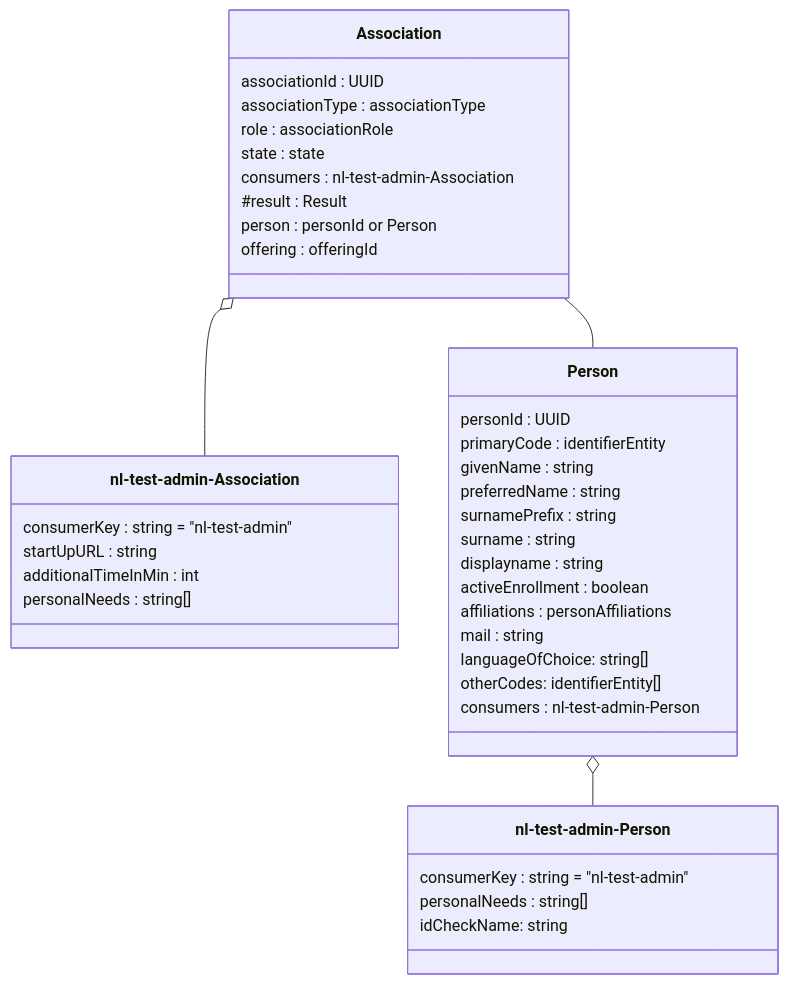
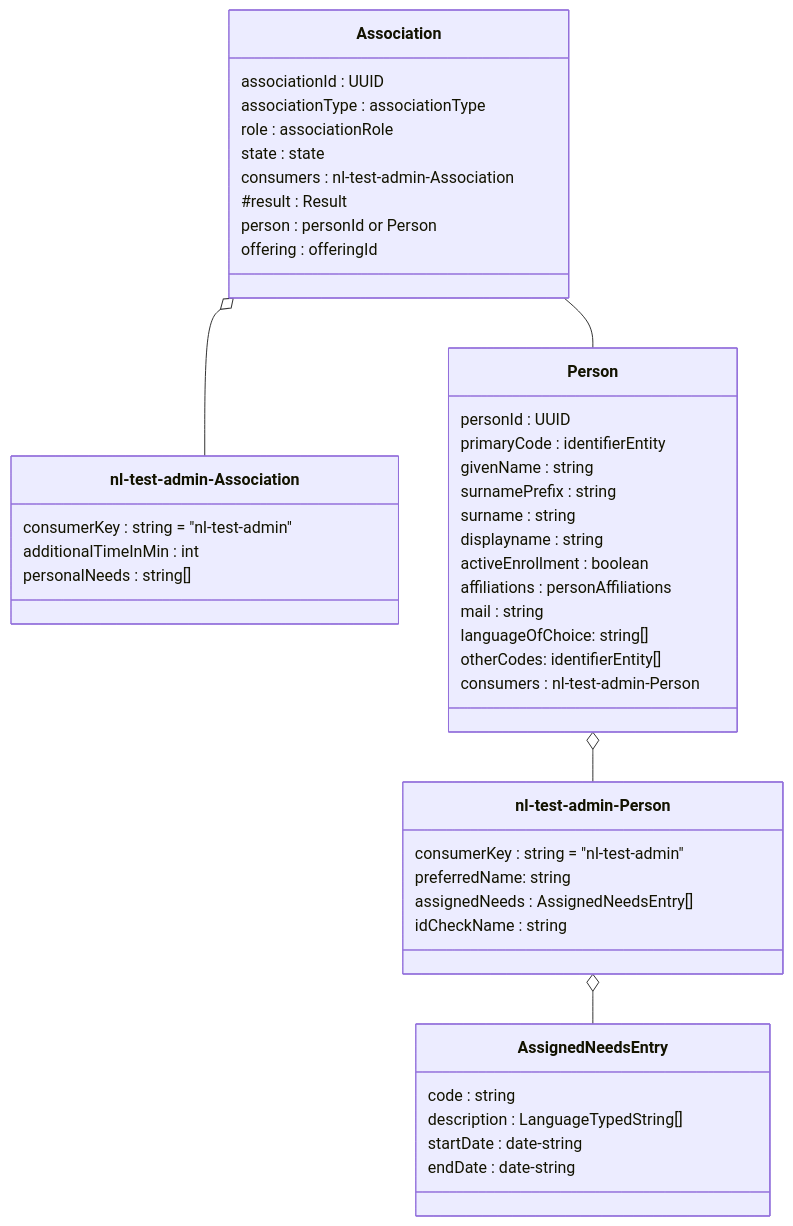
Before and after one commit to NetwerkExamineringDigitalisering/NED-OOAPI: the fourth of 10 diagrams in doc/flow2.md, drawn with Mermaid. The commit also changed other lines of this file and 2 other files, not shown here.

Commit message:
update flows for startUpURL, person consumer adjustments and memberships

````diff
--- a/doc/flow2.md
+++ b/doc/flow2.md
@@ -165,42 +165,52 @@
 ```mermaid
 classDiagram
     class Association {
     	associationId : UUID
 		associationType : associationType
 		role : associationRole
 		state : state
 		consumers : nl-test-admin-Association
 	#	result : Result
 		person : personId or Person
 		offering : offeringId
     }
     class `nl-test-admin-Association` {
     	consumerKey : string = "nl-test-admin"
-		startUpURL : string
 		additionalTimeInMin : int
 		personalNeeds : string[]
     }
     class Person {
 		personId : UUID
 		primaryCode : identifierEntity
 		givenName : string
-		preferredName : string
 		surnamePrefix : string 
 		surname : string
 		displayname : string
 		activeEnrollment : boolean 
 		affiliations : personAffiliations
 		mail : string
 		languageOfChoice: string[]
 		otherCodes: identifierEntity[]
 		consumers : nl-test-admin-Person
     }
-	class `nl-test-admin-Person` {
+
+    class `nl-test-admin-Person` {
     	consumerKey : string = "nl-test-admin"
-	    personalNeeds : string[]
-        idCheckName: string
+        preferredName: string
+    	assignedNeeds : AssignedNeedsEntry[]
+	    idCheckName : string
     }
+
+    class AssignedNeedsEntry {
+		code : string
+	    description : LanguageTypedString[]
+	    startDate : date-string
+	    endDate : date-string
+    }
+
     Association o-- `nl-test-admin-Association`
     Association -- Person
-	Person o-- `nl-test-admin-Person`
+    Person o-- `nl-test-admin-Person`
+    `nl-test-admin-Person` o-- AssignedNeedsEntry
+
 ```
````
